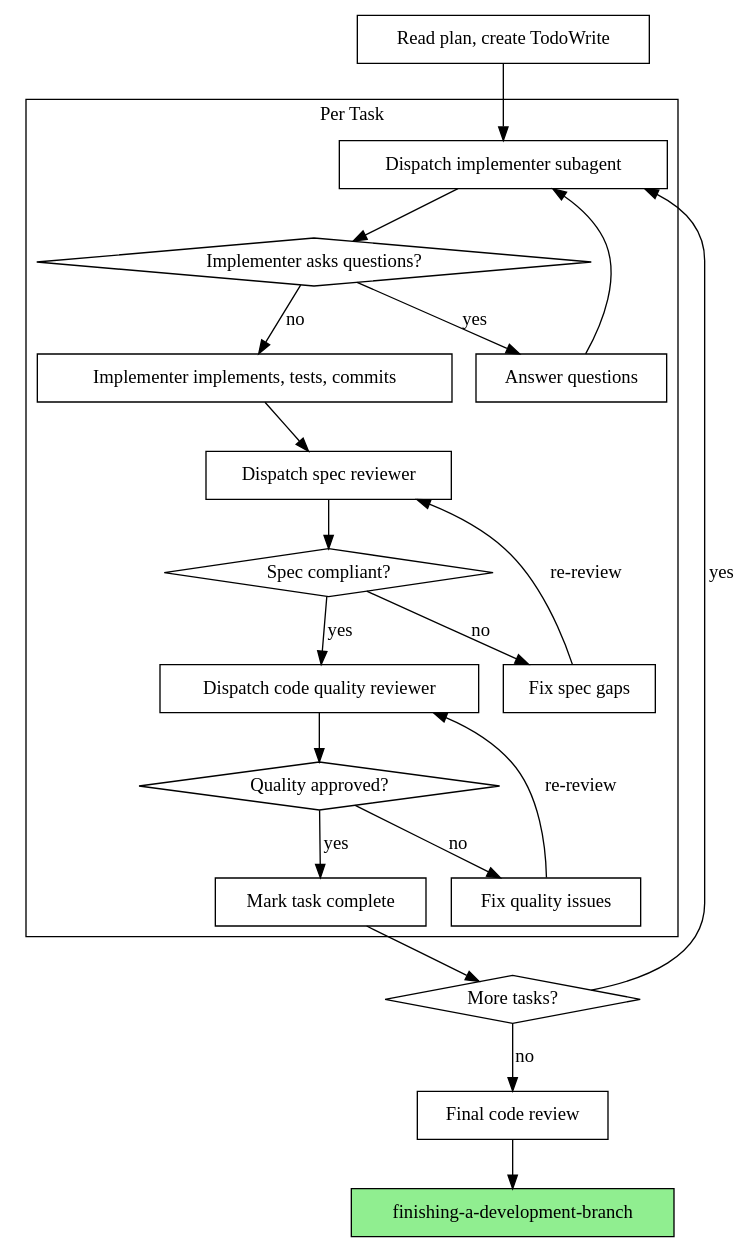
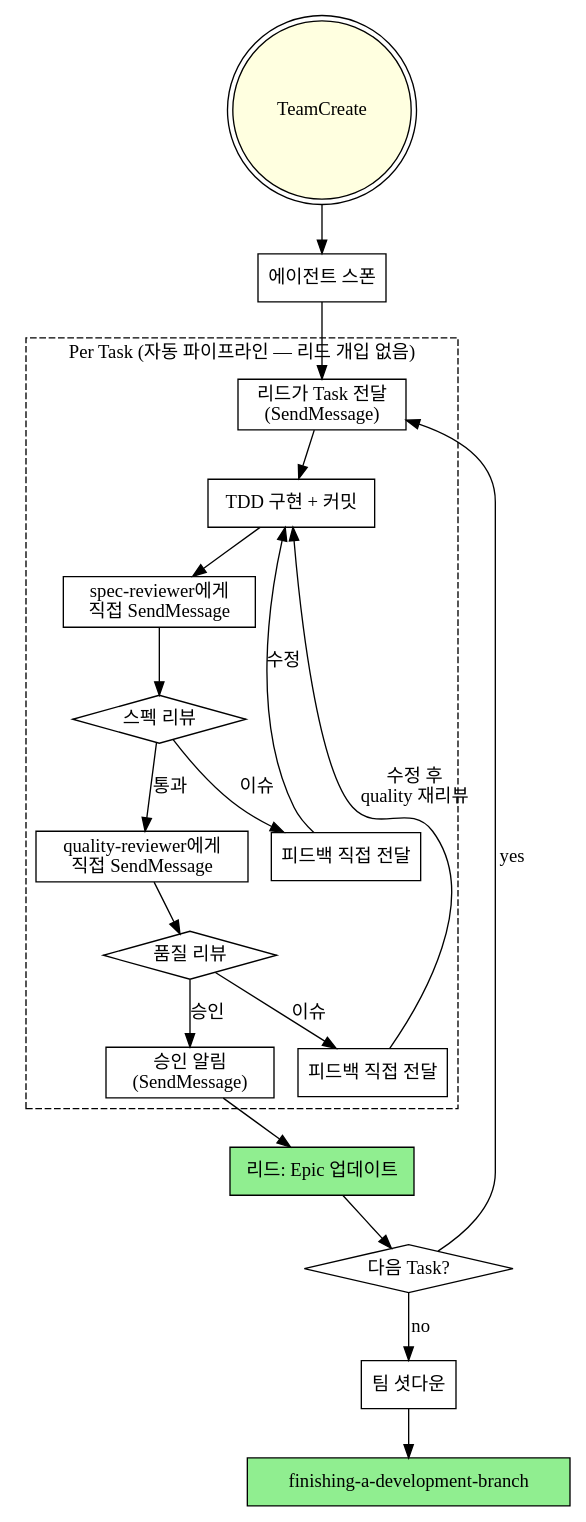
Before and after one commit to junsik/github-superpowers: the diagram in skills/subagent-driven-development/SKILL.md, drawn with Graphviz. The commit also changed other lines of this file and 12 other files, not shown here.

````diff
--- a/skills/subagent-driven-development/SKILL.md
+++ b/skills/subagent-driven-development/SKILL.md
@@ -54,44 +33,45 @@
 ```dot
-digraph process {
+digraph team_process {
     rankdir=TB;
 
-    subgraph cluster_per_task {
-        label="Per Task";
-        "Dispatch implementer subagent" [shape=box];
-        "Implementer asks questions?" [shape=diamond];
-        "Answer questions" [shape=box];
-        "Implementer implements, tests, commits" [shape=box];
-        "Dispatch spec reviewer" [shape=box];
-        "Spec compliant?" [shape=diamond];
-        "Fix spec gaps" [shape=box];
-        "Dispatch code quality reviewer" [shape=box];
-        "Quality approved?" [shape=diamond];
-        "Fix quality issues" [shape=box];
-        "Mark task complete" [shape=box];
+    "TeamCreate" [shape=doublecircle, style=filled, fillcolor=lightyellow];
+    "에이전트 스폰" [shape=box];
+
+    subgraph cluster_pipeline {
+        label="Per Task (자동 파이프라인 — 리드 개입 없음)";
+        style=dashed;
+        "리드→implementer" [shape=box, label="리드가 Task 전달\n(SendMessage)"];
+        "implementer 구현" [shape=box, label="TDD 구현 + 커밋"];
+        "implementer→spec" [shape=box, label="spec-reviewer에게\n직접 SendMessage"];
+        "스펙 리뷰" [shape=diamond];
+        "spec→impl 피드백" [shape=box, label="피드백 직접 전달"];
+        "spec→quality" [shape=box, label="quality-reviewer에게\n직접 SendMessage"];
+        "품질 리뷰" [shape=diamond];
+        "quality→impl 피드백" [shape=box, label="피드백 직접 전달"];
+        "quality→리드" [shape=box, label="승인 알림\n(SendMessage)"];
     }
 
-    "Read plan, create TodoWrite" [shape=box];
-    "More tasks?" [shape=diamond];
-    "Final code review" [shape=box];
-    "finishing-a-development-branch" [shape=box style=filled fillcolor=lightgreen];
+    "리드: Epic 업데이트" [shape=box, style=filled, fillcolor=lightgreen];
+    "다음 Task?" [shape=diamond];
+    "팀 셧다운" [shape=box];
+    "finishing-a-development-branch" [shape=box, style=filled, fillcolor=lightgreen];
 
-    "Read plan, create TodoWrite" -> "Dispatch implementer subagent";
-    "Dispatch implementer subagent" -> "Implementer asks questions?";
-    "Implementer asks questions?" -> "Answer questions" [label="yes"];
-    "Answer questions" -> "Dispatch implementer subagent";
-    "Implementer asks questions?" -> "Implementer implements, tests, commits" [label="no"];
-    "Implementer implements, tests, commits" -> "Dispatch spec reviewer";
-    "Dispatch spec reviewer" -> "Spec compliant?";
-    "Spec compliant?" -> "Fix spec gaps" [label="no"];
-    "Fix spec gaps" -> "Dispatch spec reviewer" [label="re-review"];
-    "Spec compliant?" -> "Dispatch code quality reviewer" [label="yes"];
-    "Dispatch code quality reviewer" -> "Quality approved?";
-    "Quality approved?" -> "Fix quality issues" [label="no"];
-    "Fix quality issues" -> "Dispatch code quality reviewer" [label="re-review"];
-    "Quality approved?" -> "Mark task complete" [label="yes"];
-    "Mark task complete" -> "More tasks?";
-    "More tasks?" -> "Dispatch implementer subagent" [label="yes"];
-    "More tasks?" -> "Final code review" [label="no"];
-    "Final code review" -> "finishing-a-development-branch";
+    "TeamCreate" -> "에이전트 스폰";
+    "에이전트 스폰" -> "리드→implementer";
+    "리드→implementer" -> "implementer 구현";
+    "implementer 구현" -> "implementer→spec";
+    "implementer→spec" -> "스펙 리뷰";
+    "스펙 리뷰" -> "spec→impl 피드백" [label="이슈"];
+    "spec→impl 피드백" -> "implementer 구현" [label="수정"];
+    "스펙 리뷰" -> "spec→quality" [label="통과"];
+    "spec→quality" -> "품질 리뷰";
+    "품질 리뷰" -> "quality→impl 피드백" [label="이슈"];
+    "quality→impl 피드백" -> "implementer 구현" [label="수정 후\nquality 재리뷰"];
+    "품질 리뷰" -> "quality→리드" [label="승인"];
+    "quality→리드" -> "리드: Epic 업데이트";
+    "리드: Epic 업데이트" -> "다음 Task?";
+    "다음 Task?" -> "리드→implementer" [label="yes"];
+    "다음 Task?" -> "팀 셧다운" [label="no"];
+    "팀 셧다운" -> "finishing-a-development-branch";
 }
 ```
````
